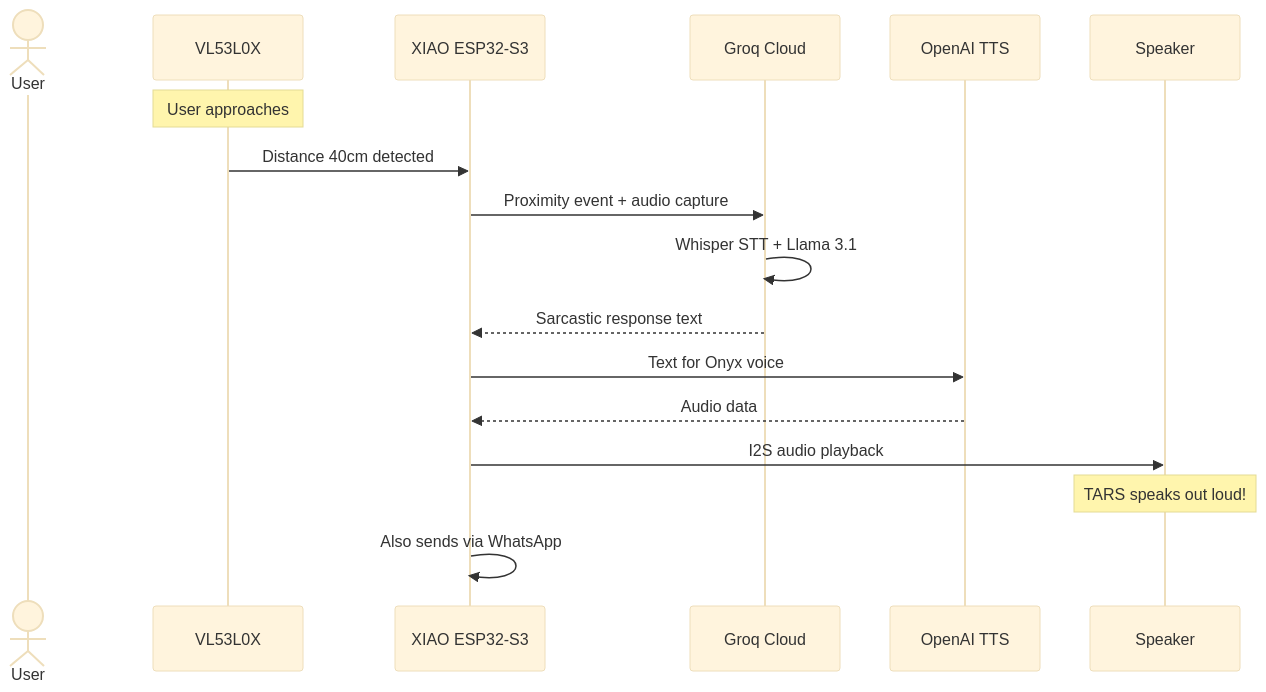
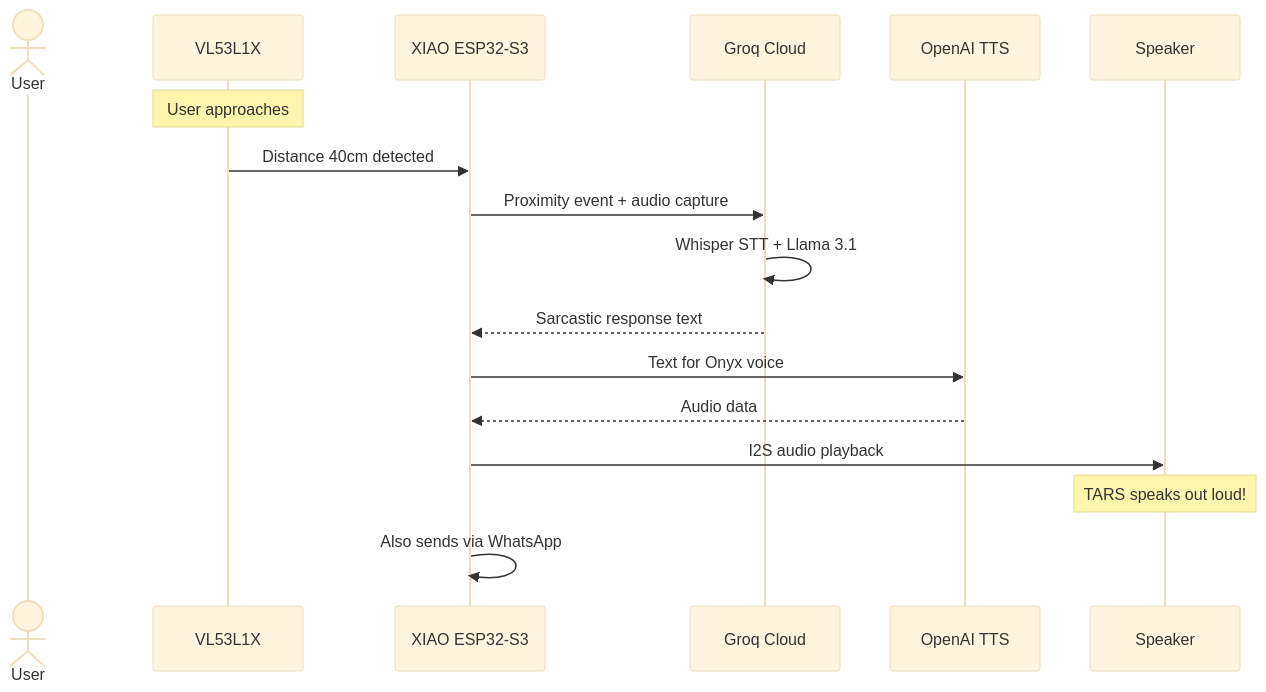
Before and after one commit to zabbix-byte/real-tars: the sixth of 6 diagrams in PHASE2_SENSES.md, drawn with Mermaid (base theme). The commit also changed other lines of this file and 6 other files, not shown here.

````diff
--- a/PHASE2_SENSES.md
+++ b/PHASE2_SENSES.md
@@ -350,20 +373,20 @@
 ```mermaid
 sequenceDiagram
     actor User
-    participant LIDAR as VL53L0X
+    participant LIDAR as VL53L1X
     participant XIAO as XIAO ESP32-S3
     participant GROQ as Groq Cloud
     participant TTS as OpenAI TTS
     participant SPK as Speaker
 
     Note over LIDAR: User approaches
     LIDAR->>XIAO: Distance 40cm detected
     XIAO->>GROQ: Proximity event + audio capture
     GROQ->>GROQ: Whisper STT + Llama 3.1
     GROQ-->>XIAO: Sarcastic response text
     XIAO->>TTS: Text for Onyx voice
     TTS-->>XIAO: Audio data
     XIAO->>SPK: I2S audio playback
     Note over SPK: TARS speaks out loud!
     XIAO->>XIAO: Also sends via WhatsApp
 ```
````
